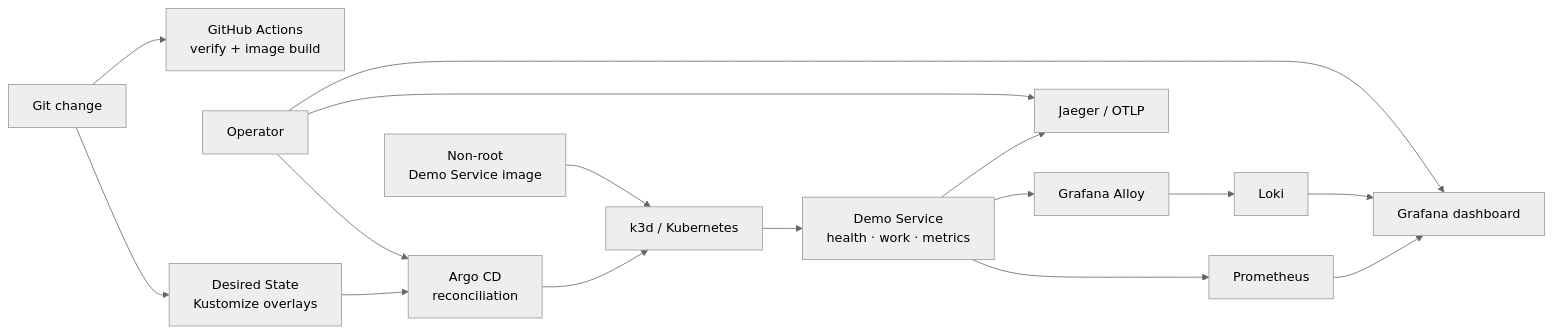
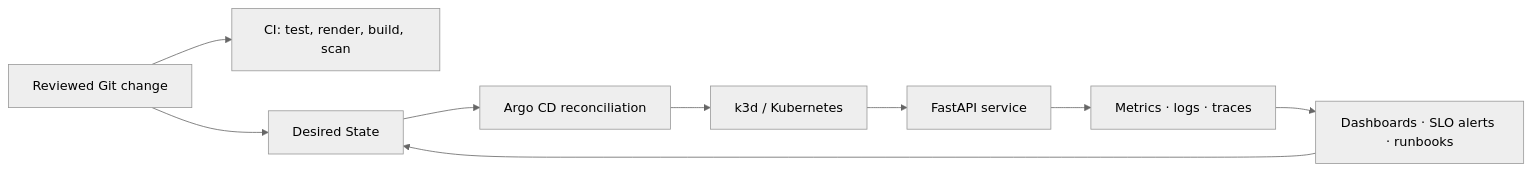
Before and after one commit to leonwwest/gitops-platform-lab: the diagram in README.md, drawn with Mermaid (neutral theme). The commit also changed other lines of this file, not shown here.

````diff
--- a/README.md
+++ b/README.md
@@ -46,18 +31,11 @@
 ```mermaid
 flowchart LR
-    Dev["Git change"] --> CI["GitHub Actions\nverify + image build"]
-    Dev --> Git["Desired State\nKustomize overlays"]
-    Git --> Argo["Argo CD\nreconciliation"]
+    Dev["Reviewed Git change"] --> CI["CI: test, render, build, scan"]
+    Dev --> Git["Desired State"]
+    Git --> Argo["Argo CD reconciliation"]
     Argo --> K8s["k3d / Kubernetes"]
-    Image["Non-root\nDemo Service image"] --> K8s
-    K8s --> Service["Demo Service\nhealth · work · metrics"]
-    Service --> Prom["Prometheus"]
-    Service --> Alloy["Grafana Alloy"]
-    Alloy --> Loki["Loki"]
-    Service --> Jaeger["Jaeger / OTLP"]
-    Prom --> Grafana["Grafana dashboard"]
-    Loki --> Grafana
-    Operator["Operator"] --> Grafana
-    Operator --> Jaeger
-    Operator --> Argo
+    K8s --> Service["FastAPI service"]
+    Service --> Signals["Metrics · logs · traces"]
+    Signals --> Ops["Dashboards · SLO alerts · runbooks"]
+    Ops --> Git
 ```
````
